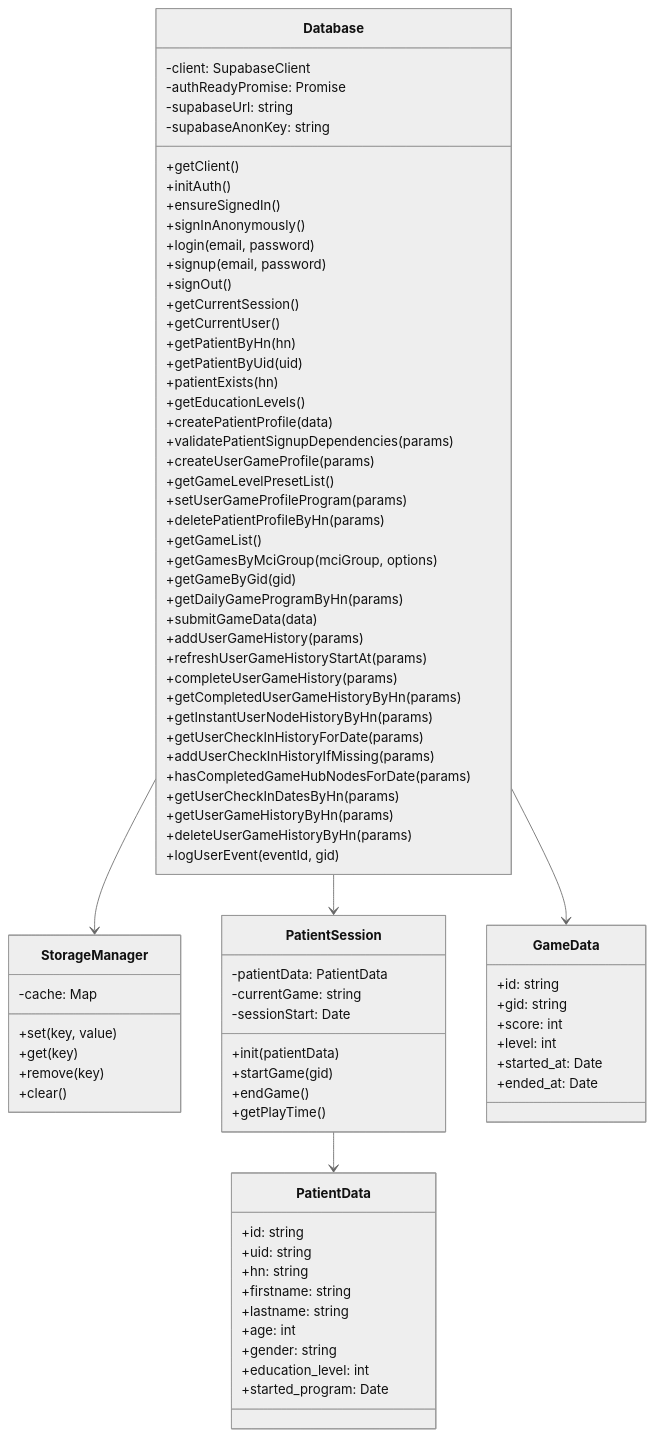
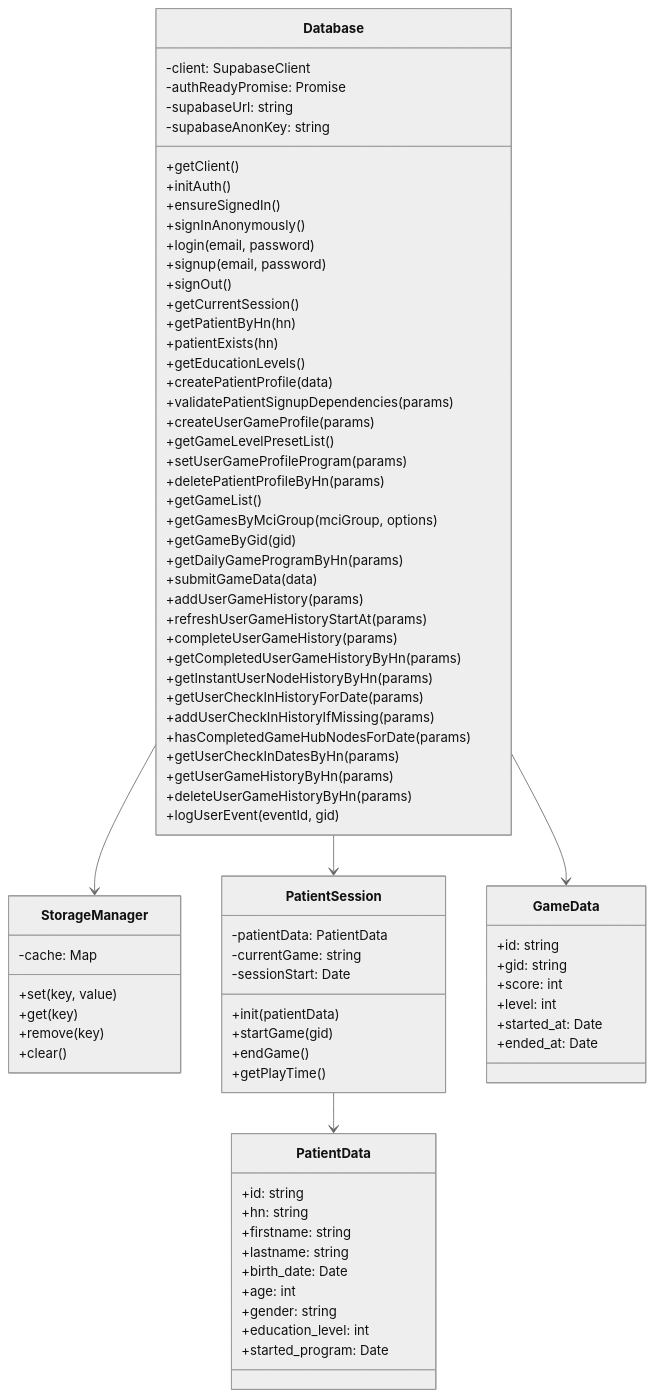
One commit to ChayutChanmueang/mci-cognitive-game-hub-dev-deploy changed the tenth of 13 diagrams in docs/software/02-class-diagram.md. Above: the diagram before and after it, drawn with Mermaid (neutral theme). The commit also changed other lines of this file and 8 other files, not shown here.

```diff
--- a/docs/software/02-class-diagram.md
+++ b/docs/software/02-class-diagram.md
@@ -499,9 +499,7 @@
         +signup(email, password)
         +signOut()
         +getCurrentSession()
-        +getCurrentUser()
         +getPatientByHn(hn)
-        +getPatientByUid(uid)
         +patientExists(hn)
         +getEducationLevels()
         +createPatientProfile(data)
@@ -549,10 +547,10 @@
 
     class PatientData {
         +id: string
-        +uid: string
         +hn: string
         +firstname: string
         +lastname: string
+        +birth_date: Date
         +age: int
         +gender: string
         +education_level: int
```
